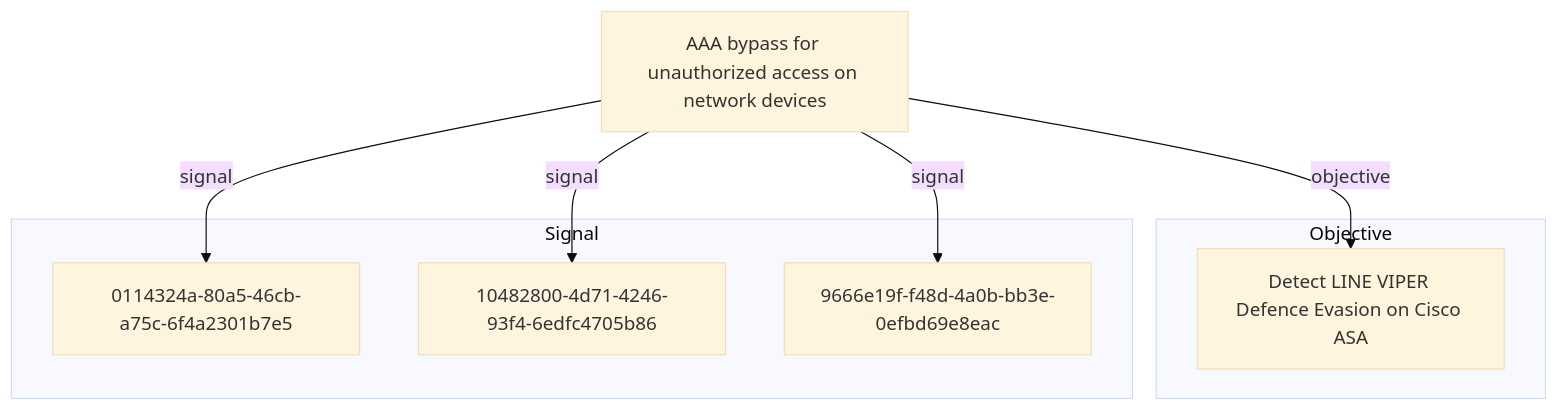
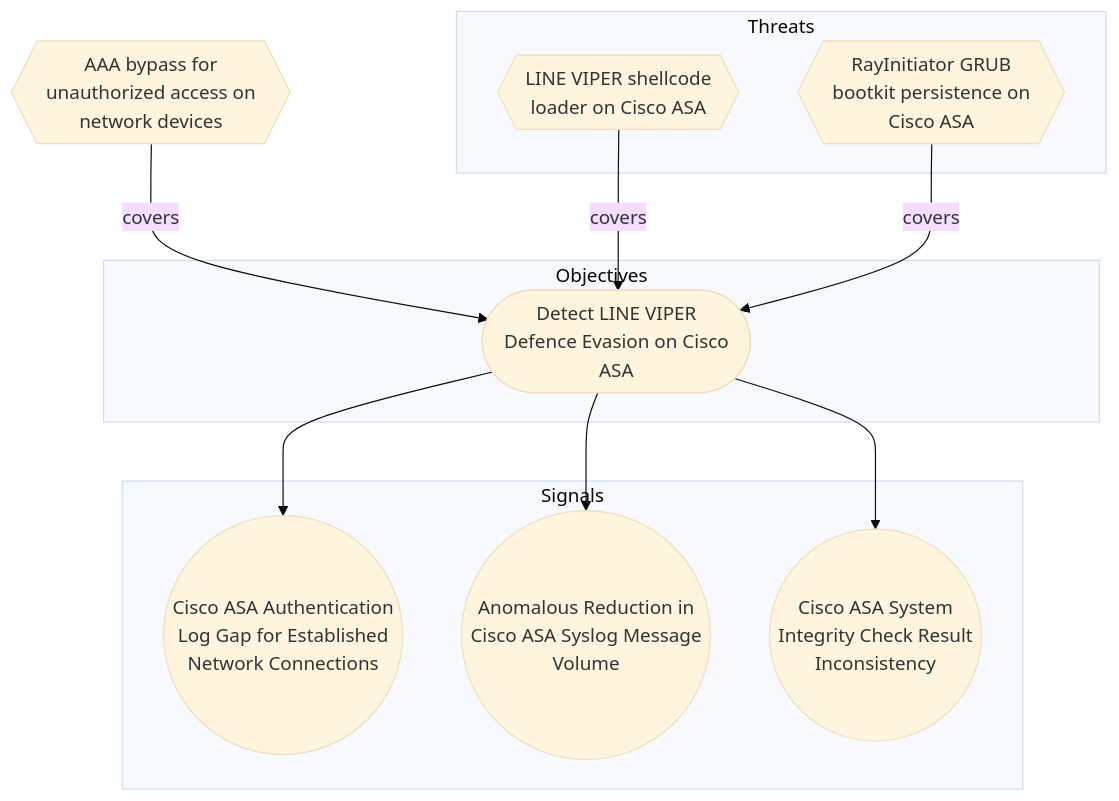
One commit to opentidehq/library changed the second of 2 diagrams in docs/threats/aaa-bypass-for-unauthorized-access-on-network-devices.md. Above: the diagram before and after it, drawn with Mermaid (base theme). The commit also changed other lines of this file and 540 other files, not shown here.

````diff
--- a/docs/threats/aaa-bypass-for-unauthorized-access-on-network-devices.md
+++ b/docs/threats/aaa-bypass-for-unauthorized-access-on-network-devices.md
@@ -163,16 +186,22 @@
 ```mermaid
 flowchart TB
-subgraph "Objective"
-7c0f2788_690e_4d34_b9eb_5f76e7363ccc["Detect LINE VIPER Defence Evasion on Cisco ASA"]
+subgraph "Objectives"
+7c0f2788_690e_4d34_b9eb_5f76e7363ccc(["Detect LINE VIPER<br>Defence Evasion on Cisco<br>ASA"])
 end
-subgraph "Signal"
-0114324a_80a5_46cb_a75c_6f4a2301b7e5["0114324a-80a5-46cb-a75c-6f4a2301b7e5"]
-10482800_4d71_4246_93f4_6edfc4705b86["10482800-4d71-4246-93f4-6edfc4705b86"]
-9666e19f_f48d_4a0b_bb3e_0efbd69e8eac["9666e19f-f48d-4a0b-bb3e-0efbd69e8eac"]
+subgraph "Threats"
+b6175f16_2b61_4116_bd97_de54b02b197e{{"LINE VIPER shellcode<br>loader on Cisco ASA"}}
+a6f331e0_292d_4d83_87a9_46aa149555dd{{"RayInitiator GRUB<br>bootkit persistence on<br>Cisco ASA"}}
 end
-53389577_fd8d_4ce6_9852_8365ed947c17["AAA bypass for unauthorized access on network devices"]
-53389577_fd8d_4ce6_9852_8365ed947c17 -->|objective| 7c0f2788_690e_4d34_b9eb_5f76e7363ccc
-53389577_fd8d_4ce6_9852_8365ed947c17 -->|signal| 0114324a_80a5_46cb_a75c_6f4a2301b7e5
-53389577_fd8d_4ce6_9852_8365ed947c17 -->|signal| 10482800_4d71_4246_93f4_6edfc4705b86
-53389577_fd8d_4ce6_9852_8365ed947c17 -->|signal| 9666e19f_f48d_4a0b_bb3e_0efbd69e8eac
+subgraph "Signals"
+0114324a_80a5_46cb_a75c_6f4a2301b7e5(("Cisco ASA Authentication<br>Log Gap for Established<br>Network Connections"))
+10482800_4d71_4246_93f4_6edfc4705b86(("Anomalous Reduction in<br>Cisco ASA Syslog Message<br>Volume"))
+9666e19f_f48d_4a0b_bb3e_0efbd69e8eac(("Cisco ASA System<br>Integrity Check Result<br>Inconsistency"))
+end
+53389577_fd8d_4ce6_9852_8365ed947c17{{"AAA bypass for<br>unauthorized access on<br>network devices"}}
+53389577_fd8d_4ce6_9852_8365ed947c17 -->|covers| 7c0f2788_690e_4d34_b9eb_5f76e7363ccc
+b6175f16_2b61_4116_bd97_de54b02b197e -->|covers| 7c0f2788_690e_4d34_b9eb_5f76e7363ccc
+a6f331e0_292d_4d83_87a9_46aa149555dd -->|covers| 7c0f2788_690e_4d34_b9eb_5f76e7363ccc
+7c0f2788_690e_4d34_b9eb_5f76e7363ccc --> 0114324a_80a5_46cb_a75c_6f4a2301b7e5
+7c0f2788_690e_4d34_b9eb_5f76e7363ccc --> 10482800_4d71_4246_93f4_6edfc4705b86
+7c0f2788_690e_4d34_b9eb_5f76e7363ccc --> 9666e19f_f48d_4a0b_bb3e_0efbd69e8eac
 ```
````
